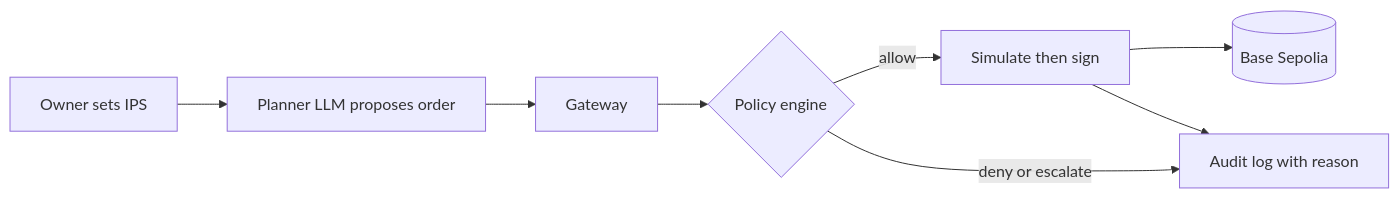
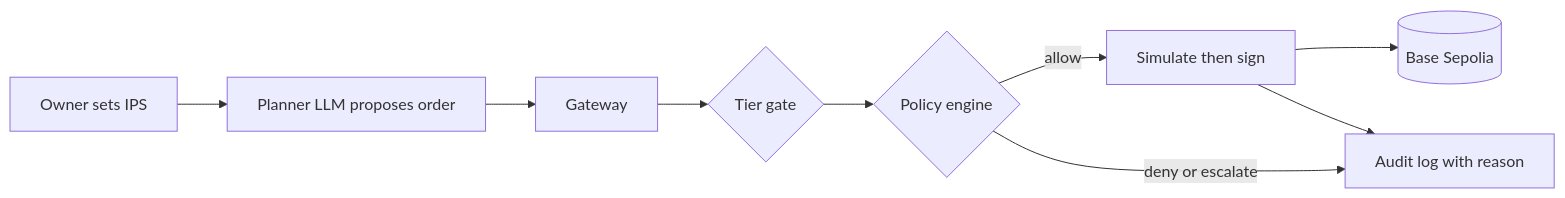
Before and after one commit to thaicuong576/agent-wallet: the diagram in README.md, drawn with Mermaid. The commit also changed other lines of this file and 2 other files, not shown here.

````diff
--- a/README.md
+++ b/README.md
@@ -34,9 +50,10 @@
 ```mermaid
 flowchart LR
   U[Owner sets IPS] --> P[Planner LLM proposes order]
   P --> G[Gateway]
-  G --> E{Policy engine}
+  G --> T{Tier gate}
+  T --> E{Policy engine}
   E -- allow --> S[Simulate then sign] --> C[(Base Sepolia)]
   E -- deny or escalate --> L[Audit log with reason]
   S --> L
 ```
````
